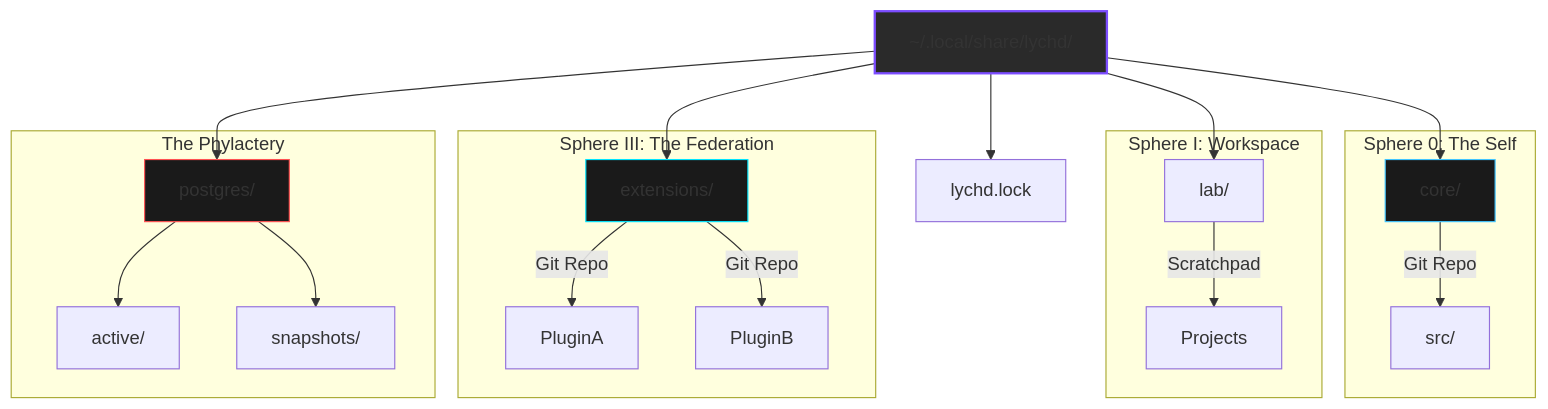
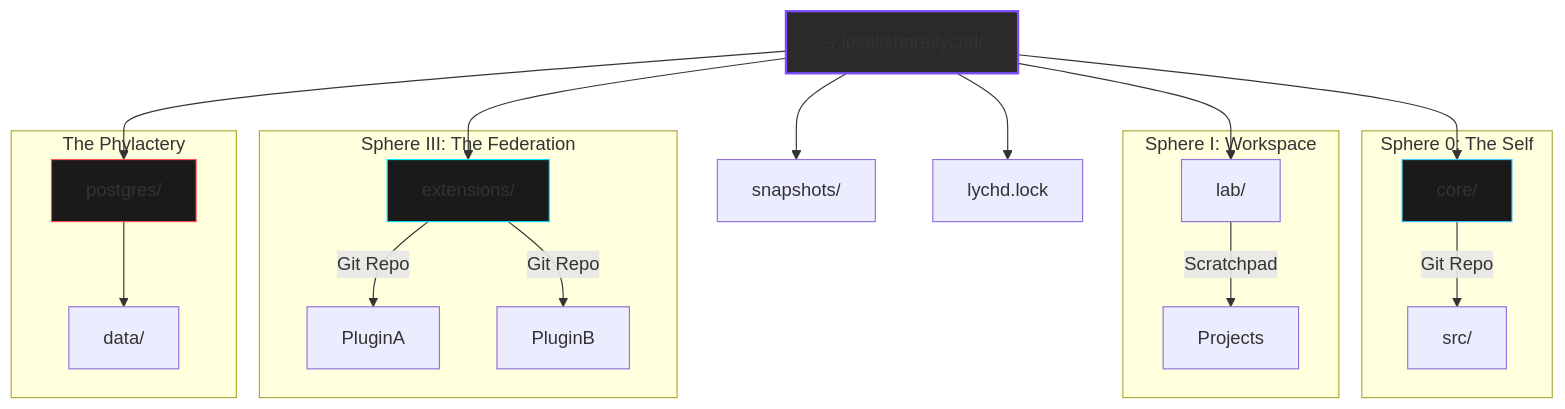
Before and after one commit to hexanomicon/lychd: the diagram in docs/sepulcher/crypt.md, drawn with Mermaid. The commit also changed other lines of this file and 169 other files, not shown here.

````diff
--- a/docs/sepulcher/crypt.md
+++ b/docs/sepulcher/crypt.md
@@ -42,33 +42,33 @@
 ```mermaid
 graph TD
     Crypt[~/.local/share/lychd/]
 
     Crypt --> Core[core/]
     Crypt --> Lab[lab/]
     Crypt --> Ext[extensions/]
     Crypt --> PG[postgres/]
+    Crypt --> Snap[snapshots/]
     Crypt --> Lock[lychd.lock]
 
     subgraph "Sphere 0: The Self"
         Core -- Git Repo --> Source[src/]
     end
 
     subgraph "Sphere I: Workspace"
         Lab -- Scratchpad --> Projects
     end
 
     subgraph "Sphere III: The Federation"
         Ext -- Git Repo --> PluginA
         Ext -- Git Repo --> PluginB
     end
 
     subgraph "The Phylactery"
-        PG --> Active[active/]
-        PG --> Snap[snapshots/]
+        PG --> Data[data/]
     end
 
     style Crypt fill:#2a2a2a,stroke:#7c4dff,stroke-width:2px
     style PG fill:#1a1a1a,stroke:#ff5252
     style Core fill:#1a1a1a,stroke:#40c4ff
     style Ext fill:#1a1a1a,stroke:#00e5ff
 ```
````
